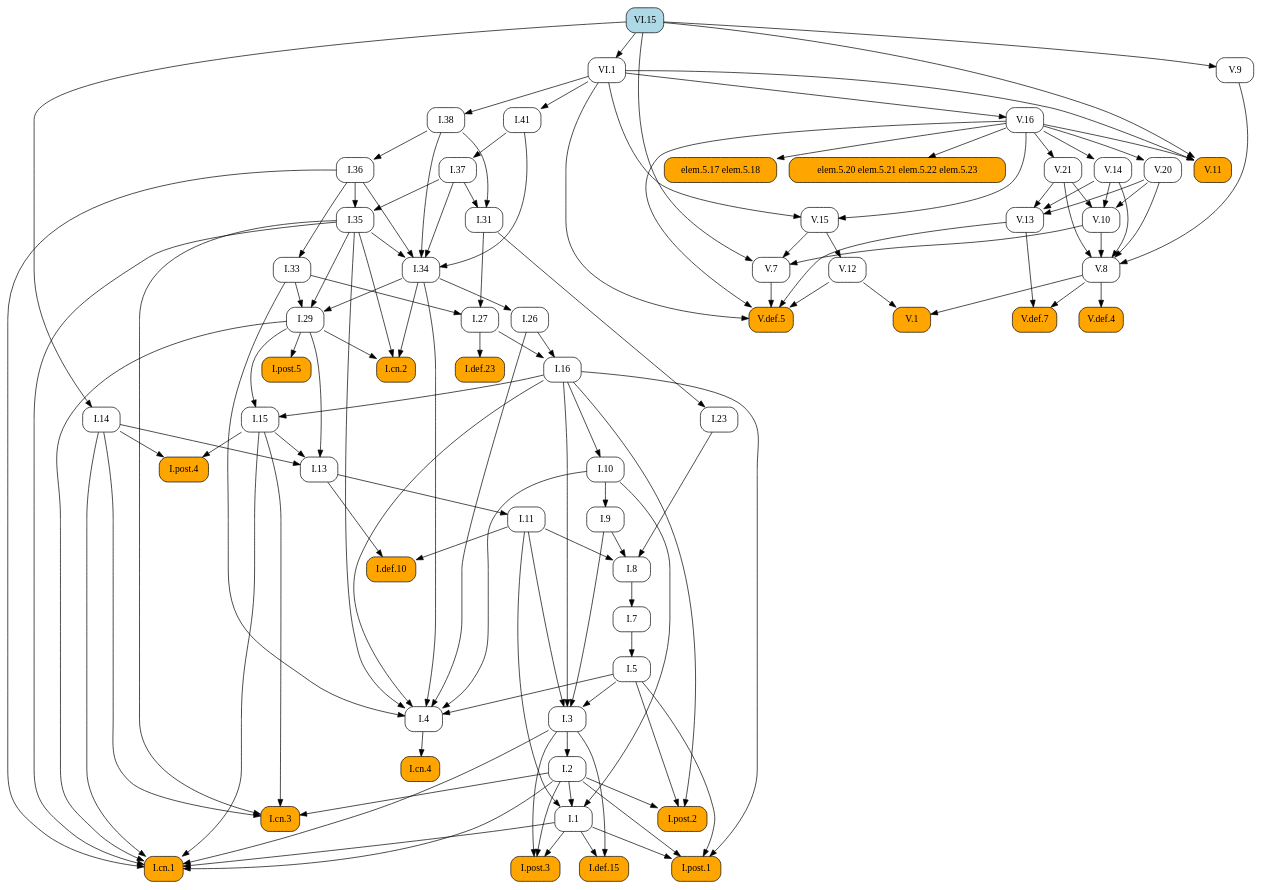
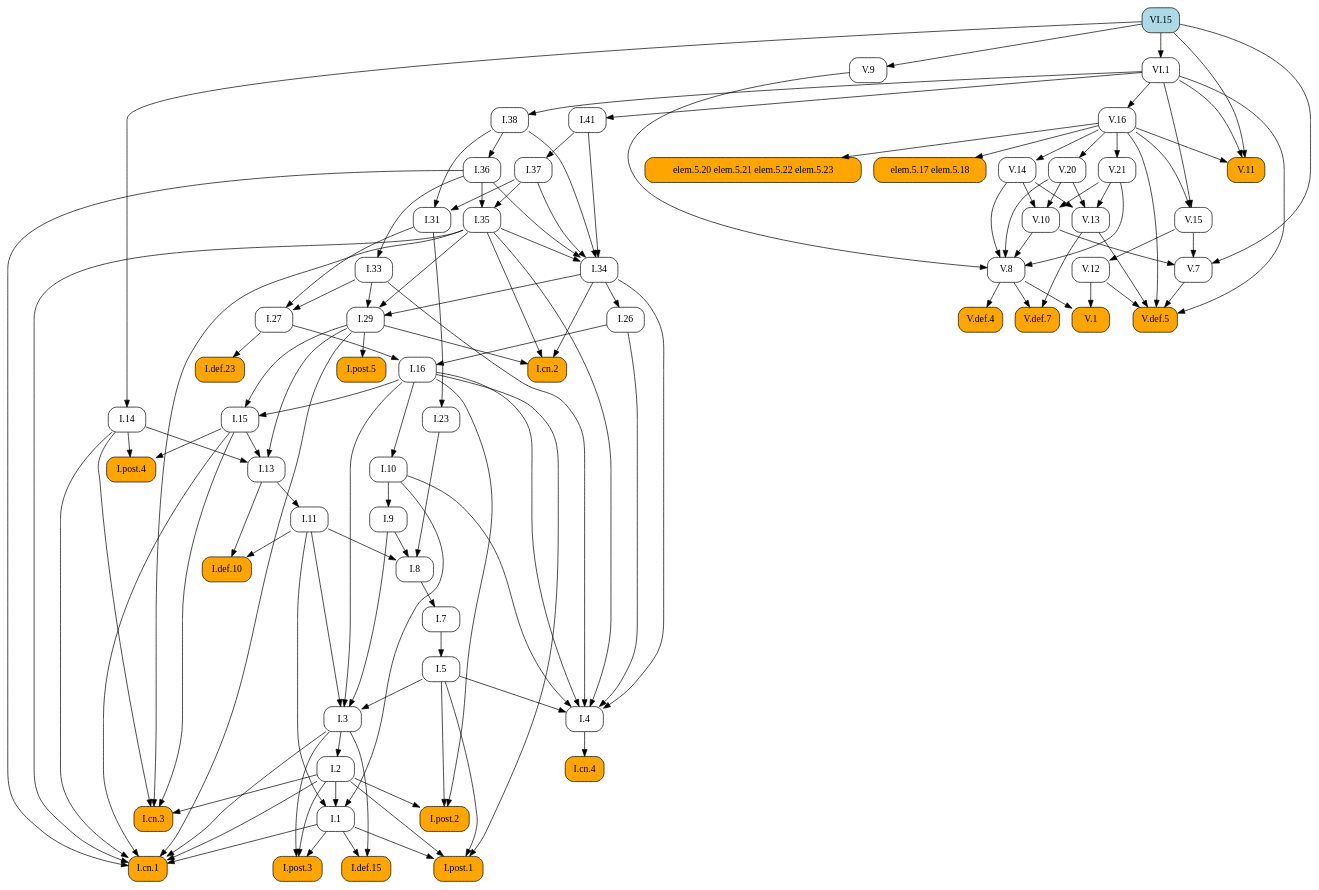
Before and after one commit to geometor/elements: the diagram in docsrc/heath/VI/15/index.rst, drawn with Graphviz. The commit also changed other lines of this file and 1029 other files, not shown here.

```diff
--- a/docsrc/heath/VI/15/index.rst
+++ b/docsrc/heath/VI/15/index.rst
@@ -55,178 +55,104 @@
    digraph {
      rankdir="TB";
      node [shape=box, style=rounded];
-     "V.1" [style="rounded,filled", fillcolor=orange, URL="/heath/V/1/", target="_top"];
+     "I.def.10" [style="rounded,filled", fillcolor=orange, URL="/heath/I/def.10/", target="_top"];
+     "I.11" [URL="/heath/I/11/", target="_top"];
+     "I.post.4" [style="rounded,filled", fillcolor=orange, URL="/heath/I/post.4/", target="_top"];
+     "I.1" [URL="/heath/I/1/", target="_top"];
+     "I.26" [URL="/heath/I/26/", target="_top"];
+     "V.14" [URL="/heath/V/14/", target="_top"];
+     "V.def.5" [style="rounded,filled", fillcolor=orange, URL="/heath/V/def.5/", target="_top"];
+     "I.29" [URL="/heath/I/29/", target="_top"];
+     "V.12" [URL="/heath/V/12/", target="_top"];
+     "I.cn.2" [style="rounded,filled", fillcolor=orange, URL="/heath/I/cn.2/", target="_top"];
+     "V.20" [URL="/heath/V/20/", target="_top"];
+     "V.10" [URL="/heath/V/10/", target="_top"];
+     "V.11" [style="rounded,filled", fillcolor=orange, URL="/heath/V/11/", target="_top"];
+     "V.13" [URL="/heath/V/13/", target="_top"];
+     "I.def.15" [style="rounded,filled", fillcolor=orange, URL="/heath/I/def.15/", target="_top"];
+     "V.15" [URL="/heath/V/15/", target="_top"];
+     "VI.1" [URL="/heath/VI/1/", target="_top"];
+     "I.post.3" [style="rounded,filled", fillcolor=orange, URL="/heath/I/post.3/", target="_top"];
+     "I.cn.1" [style="rounded,filled", fillcolor=orange, URL="/heath/I/cn.1/", target="_top"];
      "I.cn.3" [style="rounded,filled", fillcolor=orange, URL="/heath/I/cn.3/", target="_top"];
-     "I.29" [URL="/heath/I/29/", target="_top"];
-     "I.7" [URL="/heath/I/7/", target="_top"];
+     "V.7" [URL="/heath/V/7/", target="_top"];
+     "I.14" [URL="/heath/I/14/", target="_top"];
+     "V.9" [URL="/heath/V/9/", target="_top"];
+     "V.16" [URL="/heath/V/16/", target="_top"];
+     "I.23" [URL="/heath/I/23/", target="_top"];
+     "I.post.1" [style="rounded,filled", fillcolor=orange, URL="/heath/I/post.1/", target="_top"];
+     "I.35" [URL="/heath/I/35/", target="_top"];
+     "V.8" [URL="/heath/V/8/", target="_top"];
+     "I.41" [URL="/heath/I/41/", target="_top"];
+     "I.36" [URL="/heath/I/36/", target="_top"];
      "I.27" [URL="/heath/I/27/", target="_top"];
-     "I.38" [URL="/heath/I/38/", target="_top"];
-     "V.16" [URL="/heath/V/16/", target="_top"];
-     "V.15" [URL="/heath/V/15/", target="_top"];
      "I.37" [URL="/heath/I/37/", target="_top"];
      "I.34" [URL="/heath/I/34/", target="_top"];
-     "V.20" [URL="/heath/V/20/", target="_top"];
+     "I.3" [URL="/heath/I/3/", target="_top"];
+     "I.7" [URL="/heath/I/7/", target="_top"];
+     "I.2" [URL="/heath/I/2/", target="_top"];
+     "I.4" [URL="/heath/I/4/", target="_top"];
+     "I.def.23" [style="rounded,filled", fillcolor=orange, URL="/heath/I/def.23/", target="_top"];
+     "I.13" [URL="/heath/I/13/", target="_top"];
+     "I.33" [URL="/heath/I/33/", target="_top"];
+     "I.31" [URL="/heath/I/31/", target="_top"];
+     "I.post.2" [style="rounded,filled", fillcolor=orange, URL="/heath/I/post.2/", target="_top"];
+     "V.1" [style="rounded,filled", fillcolor=orange, URL="/heath/V/1/", target="_top"];
+     "I.16" [URL="/heath/I/16/", target="_top"];
+     "elem.5.20 elem.5.21 elem.5.22 elem.5.23" [style="rounded,filled", fillcolor=orange];
+     "elem.5.17 elem.5.18" [style="rounded,filled", fillcolor=orange];
+     "I.9" [URL="/heath/I/9/", target="_top"];
+     "VI.15" [style="rounded,filled", fillcolor=lightblue, URL="/heath/VI/15/", target="_top"];
      "I.8" [URL="/heath/I/8/", target="_top"];
-     "I.def.23" [style="rounded,filled", fillcolor=orange, URL="/heath/I/def.23/", target="_top"];
-     "I.9" [URL="/heath/I/9/", target="_top"];
      "V.def.4" [style="rounded,filled", fillcolor=orange, URL="/heath/V/def.4/", target="_top"];
+     "I.cn.4" [style="rounded,filled", fillcolor=orange, URL="/heath/I/cn.4/", target="_top"];
+     "I.15" [URL="/heath/I/15/", target="_top"];
+     "I.post.5" [style="rounded,filled", fillcolor=orange, URL="/heath/I/post.5/", target="_top"];
+     "I.38" [URL="/heath/I/38/", target="_top"];
+     "V.def.7" [style="rounded,filled", fillcolor=orange, URL="/heath/V/def.7/", target="_top"];
+     "I.10" [URL="/heath/I/10/", target="_top"];
+     "I.5" [URL="/heath/I/5/", target="_top"];
      "V.21" [URL="/heath/V/21/", target="_top"];
-     "V.8" [URL="/heath/V/8/", target="_top"];
-     "I.post.4" [style="rounded,filled", fillcolor=orange, URL="/heath/I/post.4/", target="_top"];
-     "I.2" [URL="/heath/I/2/", target="_top"];
-     "V.7" [URL="/heath/V/7/", target="_top"];
-     "I.1" [URL="/heath/I/1/", target="_top"];
-     "I.def.15" [style="rounded,filled", fillcolor=orange, URL="/heath/I/def.15/", target="_top"];
-     "V.13" [URL="/heath/V/13/", target="_top"];
-     "I.post.1" [style="rounded,filled", fillcolor=orange, URL="/heath/I/post.1/", target="_top"];
-     "I.cn.4" [style="rounded,filled", fillcolor=orange, URL="/heath/I/cn.4/", target="_top"];
-     "I.26" [URL="/heath/I/26/", target="_top"];
-     "I.33" [URL="/heath/I/33/", target="_top"];
-     "V.def.7" [style="rounded,filled", fillcolor=orange, URL="/heath/V/def.7/", target="_top"];
-     "elem.5.20 elem.5.21 elem.5.22 elem.5.23" [style="rounded,filled", fillcolor=orange];
-     "I.23" [URL="/heath/I/23/", target="_top"];
-     "I.13" [URL="/heath/I/13/", target="_top"];
-     "I.cn.2" [style="rounded,filled", fillcolor=orange, URL="/heath/I/cn.2/", target="_top"];
-     "I.5" [URL="/heath/I/5/", target="_top"];
-     "I.11" [URL="/heath/I/11/", target="_top"];
-     "V.10" [URL="/heath/V/10/", target="_top"];
-     "V.def.5" [style="rounded,filled", fillcolor=orange, URL="/heath/V/def.5/", target="_top"];
-     "I.4" [URL="/heath/I/4/", target="_top"];
-     "I.10" [URL="/heath/I/10/", target="_top"];
-     "I.3" [URL="/heath/I/3/", target="_top"];
-     "I.16" [URL="/heath/I/16/", target="_top"];
-     "I.31" [URL="/heath/I/31/", target="_top"];
-     "I.def.10" [style="rounded,filled", fillcolor=orange, URL="/heath/I/def.10/", target="_top"];
-     "VI.15" [style="rounded,filled", fillcolor=lightblue, URL="/heath/VI/15/", target="_top"];
-     "V.11" [style="rounded,filled", fillcolor=orange, URL="/heath/V/11/", target="_top"];
-     "I.post.2" [style="rounded,filled", fillcolor=orange, URL="/heath/I/post.2/", target="_top"];
-     "I.post.3" [style="rounded,filled", fillcolor=orange, URL="/heath/I/post.3/", target="_top"];
-     "VI.1" [URL="/heath/VI/1/", target="_top"];
-     "V.9" [URL="/heath/V/9/", target="_top"];
-     "I.post.5" [style="rounded,filled", fillcolor=orange, URL="/heath/I/post.5/", target="_top"];
-     "elem.5.17 elem.5.18" [style="rounded,filled", fillcolor=orange];
-     "I.14" [URL="/heath/I/14/", target="_top"];
-     "I.36" [URL="/heath/I/36/", target="_top"];
-     "V.12" [URL="/heath/V/12/", target="_top"];
-     "I.35" [URL="/heath/I/35/", target="_top"];
-     "I.15" [URL="/heath/I/15/", target="_top"];
-     "I.cn.1" [style="rounded,filled", fillcolor=orange, URL="/heath/I/cn.1/", target="_top"];
-     "I.41" [URL="/heath/I/41/", target="_top"];
-     "V.14" [URL="/heath/V/14/", target="_top"];
-     "V.8" -> "V.1";
-     "V.12" -> "V.1";
-     "I.2" -> "I.cn.3";
-     "I.14" -> "I.cn.3";
-     "I.15" -> "I.cn.3";
-     "I.35" -> "I.cn.3";
-     "I.33" -> "I.29";
-     "I.34" -> "I.29";
-     "I.35" -> "I.29";
-     "I.8" -> "I.7";
-     "I.31" -> "I.27";
-     "I.33" -> "I.27";
-     "VI.1" -> "I.38";
-     "VI.1" -> "V.16";
-     "V.16" -> "V.15";
-     "VI.1" -> "V.15";
-     "I.41" -> "I.37";
-     "I.35" -> "I.34";
-     "I.36" -> "I.34";
-     "I.37" -> "I.34";
-     "I.38" -> "I.34";
-     "I.41" -> "I.34";
-     "V.16" -> "V.20";
-     "I.9" -> "I.8";
-     "I.11" -> "I.8";
-     "I.23" -> "I.8";
-     "I.27" -> "I.def.23";
-     "I.10" -> "I.9";
-     "V.8" -> "V.def.4";
-     "V.16" -> "V.21";
-     "V.9" -> "V.8";
-     "V.10" -> "V.8";
-     "V.14" -> "V.8";
-     "V.20" -> "V.8";
-     "V.21" -> "V.8";
+     "I.11" -> "I.def.10";
+     "I.13" -> "I.def.10";
+     "I.13" -> "I.11";
      "I.14" -> "I.post.4";
      "I.15" -> "I.post.4";
-     "I.3" -> "I.2";
-     "V.10" -> "V.7";
-     "V.15" -> "V.7";
-     "VI.15" -> "V.7";
      "I.2" -> "I.1";
      "I.10" -> "I.1";
      "I.11" -> "I.1";
-     "I.1" -> "I.def.15";
-     "I.3" -> "I.def.15";
-     "V.14" -> "V.13";
-     "V.20" -> "V.13";
-     "V.21" -> "V.13";
-     "I.1" -> "I.post.1";
-     "I.2" -> "I.post.1";
-     "I.5" -> "I.post.1";
-     "I.16" -> "I.post.1";
-     "I.4" -> "I.cn.4";
      "I.34" -> "I.26";
-     "I.36" -> "I.33";
-     "V.8" -> "V.def.7";
-     "V.13" -> "V.def.7";
-     "V.16" -> "elem.5.20 elem.5.21 elem.5.22 elem.5.23";
-     "I.31" -> "I.23";
-     "I.14" -> "I.13";
-     "I.15" -> "I.13";
-     "I.29" -> "I.13";
-     "I.29" -> "I.cn.2";
-     "I.34" -> "I.cn.2";
-     "I.35" -> "I.cn.2";
-     "I.7" -> "I.5";
-     "I.13" -> "I.11";
-     "V.14" -> "V.10";
-     "V.20" -> "V.10";
-     "V.21" -> "V.10";
+     "V.16" -> "V.14";
      "V.7" -> "V.def.5";
      "V.12" -> "V.def.5";
      "V.13" -> "V.def.5";
      "V.16" -> "V.def.5";
      "VI.1" -> "V.def.5";
-     "I.5" -> "I.4";
-     "I.10" -> "I.4";
-     "I.16" -> "I.4";
-     "I.26" -> "I.4";
-     "I.33" -> "I.4";
-     "I.34" -> "I.4";
-     "I.35" -> "I.4";
-     "I.16" -> "I.10";
-     "I.5" -> "I.3";
-     "I.9" -> "I.3";
-     "I.11" -> "I.3";
-     "I.16" -> "I.3";
-     "I.26" -> "I.16";
-     "I.27" -> "I.16";
-     "I.37" -> "I.31";
-     "I.38" -> "I.31";
-     "I.11" -> "I.def.10";
-     "I.13" -> "I.def.10";
+     "I.33" -> "I.29";
+     "I.34" -> "I.29";
+     "I.35" -> "I.29";
+     "V.15" -> "V.12";
+     "I.29" -> "I.cn.2";
+     "I.34" -> "I.cn.2";
+     "I.35" -> "I.cn.2";
+     "V.16" -> "V.20";
+     "V.14" -> "V.10";
+     "V.20" -> "V.10";
+     "V.21" -> "V.10";
      "V.16" -> "V.11";
      "VI.1" -> "V.11";
      "VI.15" -> "V.11";
-     "I.2" -> "I.post.2";
-     "I.5" -> "I.post.2";
-     "I.16" -> "I.post.2";
+     "V.14" -> "V.13";
+     "V.20" -> "V.13";
+     "V.21" -> "V.13";
+     "I.1" -> "I.def.15";
+     "I.3" -> "I.def.15";
+     "V.16" -> "V.15";
+     "VI.1" -> "V.15";
+     "VI.15" -> "VI.1";
      "I.1" -> "I.post.3";
      "I.2" -> "I.post.3";
      "I.3" -> "I.post.3";
-     "VI.15" -> "VI.1";
-     "VI.15" -> "V.9";
-     "I.29" -> "I.post.5";
-     "V.16" -> "elem.5.17 elem.5.18";
-     "VI.15" -> "I.14";
-     "I.38" -> "I.36";
-     "V.15" -> "V.12";
-     "I.36" -> "I.35";
-     "I.37" -> "I.35";
-     "I.16" -> "I.15";
-     "I.29" -> "I.15";
      "I.1" -> "I.cn.1";
      "I.2" -> "I.cn.1";
      "I.3" -> "I.cn.1";
@@ -235,6 +161,80 @@
      "I.29" -> "I.cn.1";
      "I.35" -> "I.cn.1";
      "I.36" -> "I.cn.1";
+     "I.2" -> "I.cn.3";
+     "I.14" -> "I.cn.3";
+     "I.15" -> "I.cn.3";
+     "I.35" -> "I.cn.3";
+     "V.10" -> "V.7";
+     "V.15" -> "V.7";
+     "VI.15" -> "V.7";
+     "VI.15" -> "I.14";
+     "VI.15" -> "V.9";
+     "VI.1" -> "V.16";
+     "I.31" -> "I.23";
+     "I.1" -> "I.post.1";
+     "I.2" -> "I.post.1";
+     "I.5" -> "I.post.1";
+     "I.16" -> "I.post.1";
+     "I.36" -> "I.35";
+     "I.37" -> "I.35";
+     "V.9" -> "V.8";
+     "V.10" -> "V.8";
+     "V.14" -> "V.8";
+     "V.20" -> "V.8";
+     "V.21" -> "V.8";
      "VI.1" -> "I.41";
-     "V.16" -> "V.14";
+     "I.38" -> "I.36";
+     "I.31" -> "I.27";
+     "I.33" -> "I.27";
+     "I.41" -> "I.37";
+     "I.35" -> "I.34";
+     "I.36" -> "I.34";
+     "I.37" -> "I.34";
+     "I.38" -> "I.34";
+     "I.41" -> "I.34";
+     "I.5" -> "I.3";
+     "I.9" -> "I.3";
+     "I.11" -> "I.3";
+     "I.16" -> "I.3";
+     "I.8" -> "I.7";
+     "I.3" -> "I.2";
+     "I.5" -> "I.4";
+     "I.10" -> "I.4";
+     "I.16" -> "I.4";
+     "I.26" -> "I.4";
+     "I.33" -> "I.4";
+     "I.34" -> "I.4";
+     "I.35" -> "I.4";
+     "I.27" -> "I.def.23";
+     "I.14" -> "I.13";
+     "I.15" -> "I.13";
+     "I.29" -> "I.13";
+     "I.36" -> "I.33";
+     "I.37" -> "I.31";
+     "I.38" -> "I.31";
+     "I.2" -> "I.post.2";
+     "I.5" -> "I.post.2";
+     "I.16" -> "I.post.2";
+     "V.8" -> "V.1";
+     "V.12" -> "V.1";
+     "I.26" -> "I.16";
+     "I.27" -> "I.16";
+     "V.16" -> "elem.5.20 elem.5.21 elem.5.22 elem.5.23";
+     "V.16" -> "elem.5.17 elem.5.18";
+     "I.10" -> "I.9";
+     "I.9" -> "I.8";
+     "I.11" -> "I.8";
+     "I.23" -> "I.8";
+     "V.8" -> "V.def.4";
+     "I.4" -> "I.cn.4";
+     "I.16" -> "I.15";
+     "I.29" -> "I.15";
+     "I.29" -> "I.post.5";
+     "VI.1" -> "I.38";
+     "V.8" -> "V.def.7";
+     "V.13" -> "V.def.7";
+     "I.16" -> "I.10";
+     "I.7" -> "I.5";
+     "V.16" -> "V.21";
    }
```
